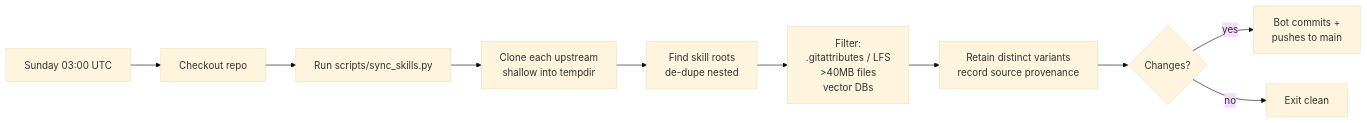
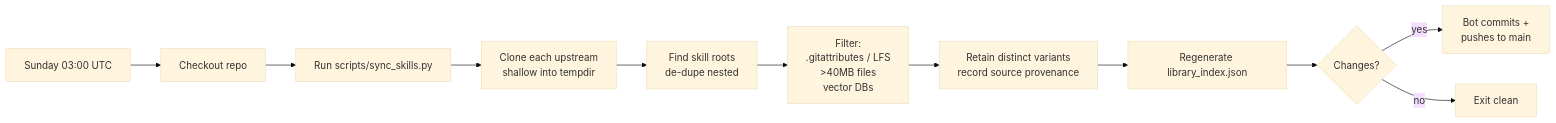
Before and after one commit to FridrichMethod/awesome-skills: the diagram in README.md, drawn with Mermaid (base theme). The commit also changed other lines of this file and 2 other files, not shown here.

````diff
--- a/README.md
+++ b/README.md
@@ -234,12 +278,13 @@
 ```mermaid
 flowchart LR
     A[Sunday 03:00 UTC] --> B[Checkout repo]
     B --> C[Run scripts/sync_skills.py]
     C --> D[Clone each upstream<br/>shallow into tempdir]
     D --> E[Find skill roots<br/>de-dupe nested]
     E --> F[Filter:<br/>.gitattributes / LFS<br/>>40MB files<br/>vector DBs]
     F --> G[Retain distinct variants<br/>record source provenance]
-    G --> H{Changes?}
+    G --> G2[Regenerate library_index.json]
+    G2 --> H{Changes?}
     H -- yes --> I[Bot commits +<br/>pushes to main]
     H -- no --> J[Exit clean]
 ```
````
